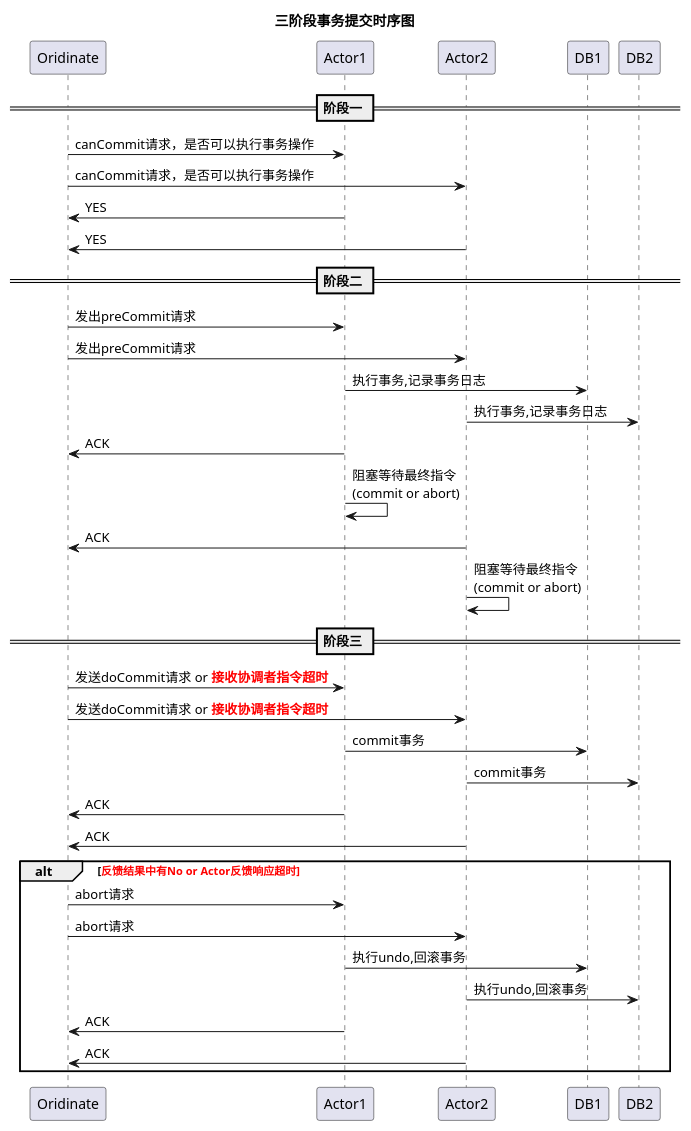
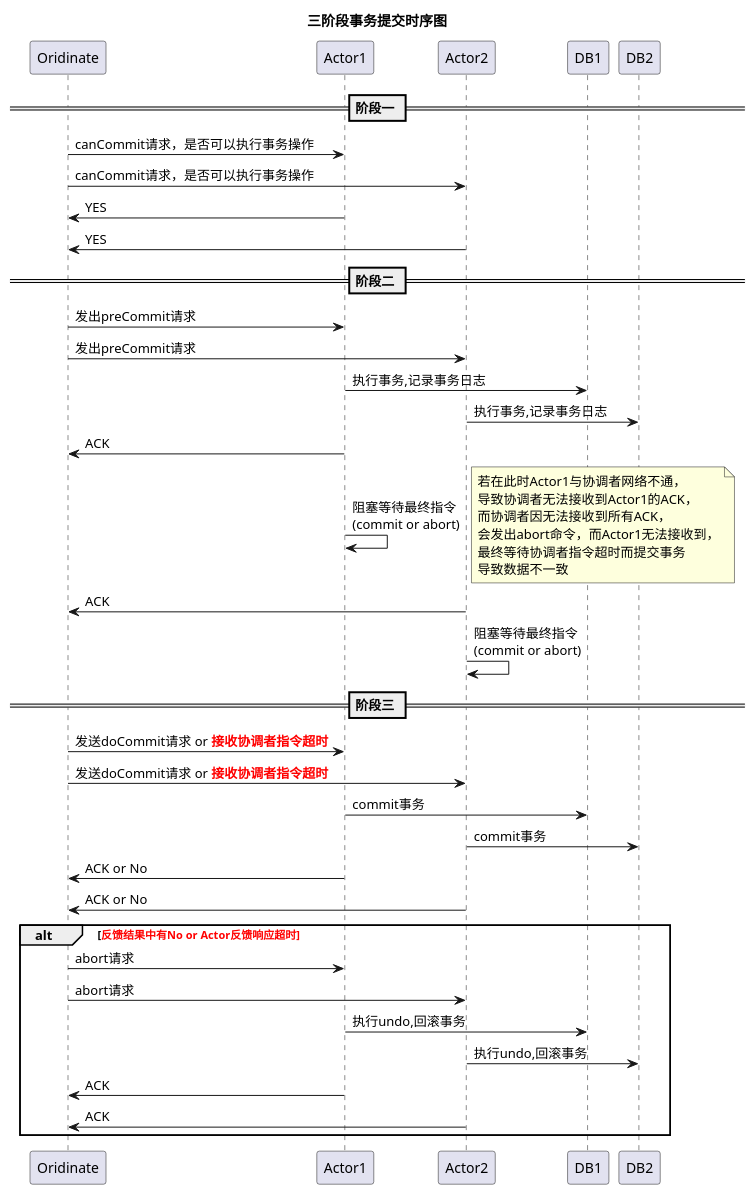
Before and after one commit to newbigTech/myDesignPattern: the diagram in uml/zookeeper/3pc-阶段三回滚.puml, drawn with PlantUML.

Commit message:
uml图

```diff
--- a/uml/zookeeper/3pc-阶段三回滚.puml
+++ b/uml/zookeeper/3pc-阶段三回滚.puml
@@ -1,43 +1,44 @@
 @startuml
 title 三阶段事务提交时序图
 == 阶段一 ==
 Oridinate -> Actor1:canCommit请求，是否可以执行事务操作
 Oridinate -> Actor2:canCommit请求，是否可以执行事务操作
 
 Oridinate <- Actor1:YES
 Oridinate <- Actor2:YES
 
 == 阶段二 ==
 Oridinate -> Actor1:发出preCommit请求
 Oridinate -> Actor2:发出preCommit请求
 
 Actor1  -> DB1:执行事务,记录事务日志
 Actor2  -> DB2:执行事务,记录事务日志
 
 Oridinate <- Actor1:ACK
 Actor1 -> Actor1:阻塞等待最终指令\n(commit or abort)
+note right :若在此时Actor1与协调者网络不通，\n导致协调者无法接收到Actor1的ACK，\n而协调者因无法接收到所有ACK，\n会发出abort命令，而Actor1无法接收到，\n最终等待协调者指令超时而提交事务\n导致数据不一致
 Oridinate <- Actor2:ACK
 Actor2 -> Actor2:阻塞等待最终指令\n(commit or abort)
 
 == 阶段三 ==
 Oridinate -> Actor1:发送doCommit请求 or <font color=red><b>接收协调者指令超时
 Oridinate -> Actor2:发送doCommit请求 or <font color=red><b>接收协调者指令超时
 
 Actor1  -> DB1:commit事务
 Actor2  -> DB2:commit事务
 
-Oridinate <- Actor1:ACK
-Oridinate <- Actor2:ACK
+Oridinate <- Actor1:ACK or No
+Oridinate <- Actor2:ACK or No
 
 alt <font color=red><b>反馈结果中有No or Actor反馈响应超时
     Oridinate -> Actor1:abort请求
     Oridinate -> Actor2:abort请求
 
     Actor1  -> DB1:执行undo,回滚事务
     Actor2  -> DB2:执行undo,回滚事务
 
     Oridinate <- Actor1:ACK
     Oridinate <- Actor2:ACK
 end
 
 @enduml
```
